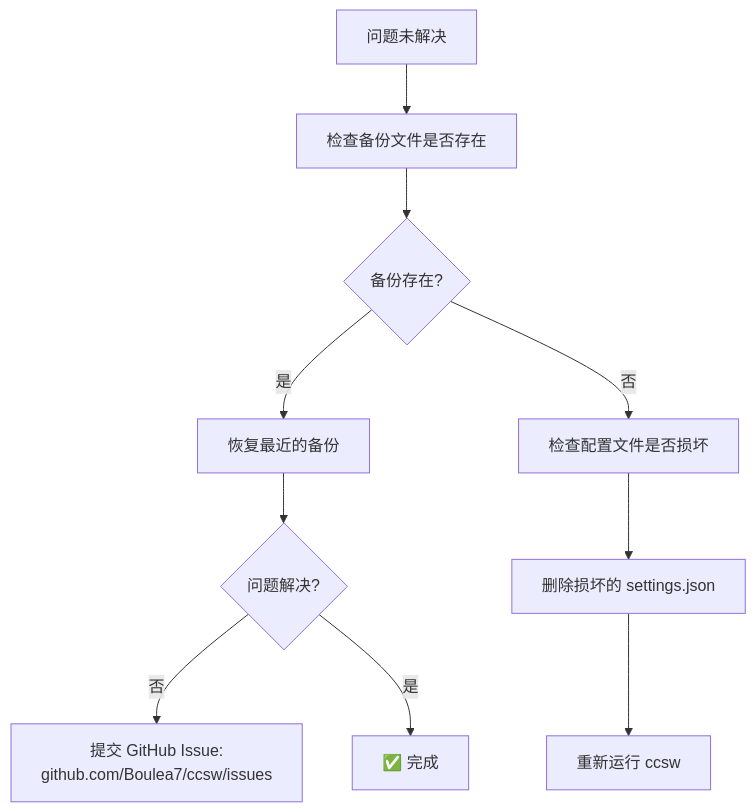
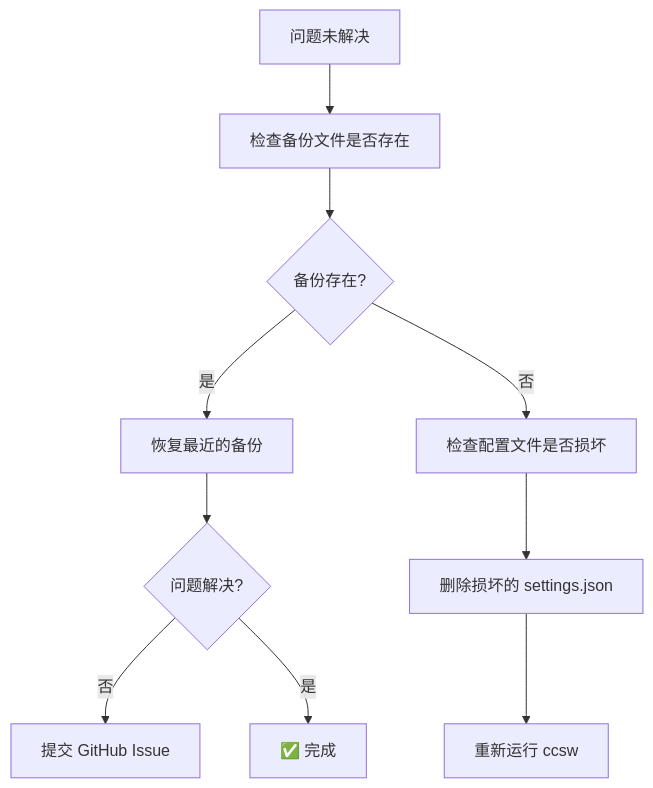
Before and after one commit to Boulea7/ccsw: the fourth of 4 diagrams in README.md, drawn with Mermaid. The commit also changed other lines of this file and 1 other file, not shown here.

First line of the commit message:
fix: resolve mermaid diagram rendering issues and enhance documentation

````diff
--- a/README.md
+++ b/README.md
@@ -333,12 +365,12 @@
 ```mermaid
 graph TD
     A[问题未解决] --> B[检查备份文件是否存在]
     B --> C{备份存在?}
     C -->|是| D[恢复最近的备份]
     C -->|否| E[检查配置文件是否损坏]
     E --> F[删除损坏的 settings.json]
     F --> G[重新运行 ccsw]
     D --> H{问题解决?}
-    H -->|否| I[提交 GitHub Issue:<br/>github.com/Boulea7/ccsw/issues]
+    H -->|否| I[提交 GitHub Issue]
     H -->|是| J[✅ 完成]
 ```
````
